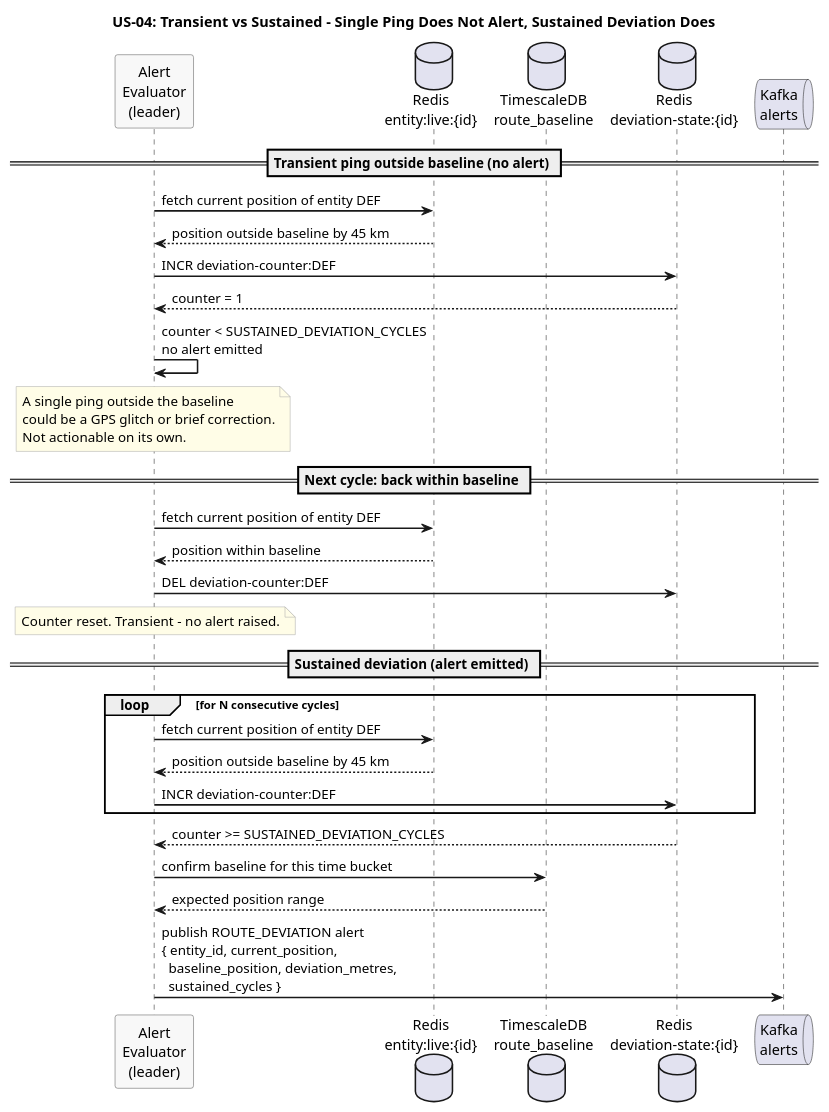
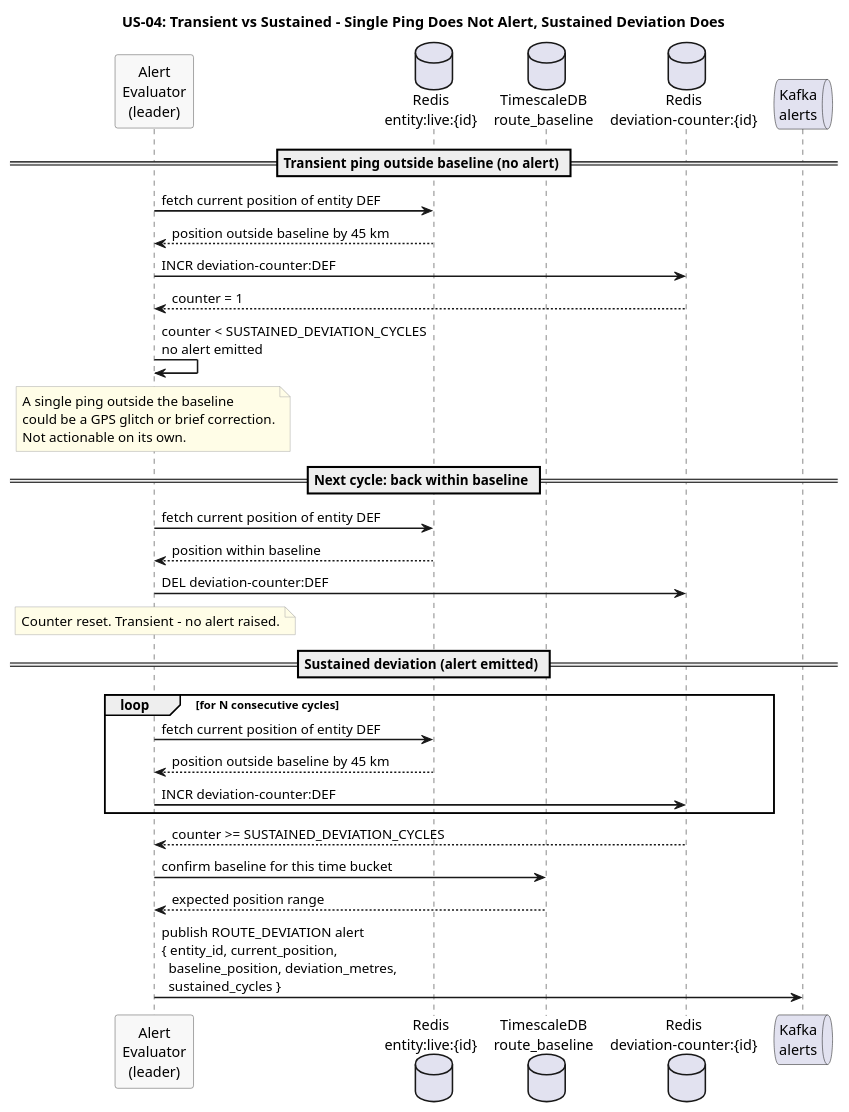
One commit to Buffden/sentinel changed the diagram in docs/use-cases/US-04-route-deviation-alert/transient-vs-sustained.puml. Above: the diagram before and after it, drawn with PlantUML. The commit also changed 5 other files, not shown here.

First line of the commit message:
docs: fix signal loss detection flow and alert-state key lifecycle in diagrams

```diff
--- a/docs/use-cases/US-04-route-deviation-alert/transient-vs-sustained.puml
+++ b/docs/use-cases/US-04-route-deviation-alert/transient-vs-sustained.puml
@@ -1,57 +1,57 @@
 @startuml transient-vs-sustained
 title US-04: Transient vs Sustained - Single Ping Does Not Alert, Sustained Deviation Does
 
 skinparam sequenceArrowThickness 1.5
 skinparam participantBorderColor #555555
 skinparam participantBackgroundColor #F8F8F8
 skinparam noteBorderColor #AAAAAA
 skinparam noteBackgroundColor #FFFDE7
 
 participant "Alert\nEvaluator\n(leader)" as Evaluator
 database "Redis\nentity:live:{id}" as Redis
 database "TimescaleDB\nroute_baseline" as Baseline
-database "Redis\ndeviation-state:{id}" as DevState
+database "Redis\ndeviation-counter:{id}" as DevState
 queue "Kafka\nalerts" as Kafka
 
 == Transient ping outside baseline (no alert) ==
 
 Evaluator -> Redis : fetch current position of entity DEF
 Redis --> Evaluator : position outside baseline by 45 km
 
 Evaluator -> DevState : INCR deviation-counter:DEF
 DevState --> Evaluator : counter = 1
 
 Evaluator -> Evaluator : counter < SUSTAINED_DEVIATION_CYCLES\nno alert emitted
 
 note over Evaluator
   A single ping outside the baseline
   could be a GPS glitch or brief correction.
   Not actionable on its own.
 end note
 
 == Next cycle: back within baseline ==
 
 Evaluator -> Redis : fetch current position of entity DEF
 Redis --> Evaluator : position within baseline
 
 Evaluator -> DevState : DEL deviation-counter:DEF
 note over Evaluator
   Counter reset. Transient - no alert raised.
 end note
 
 == Sustained deviation (alert emitted) ==
 
 loop for N consecutive cycles
   Evaluator -> Redis : fetch current position of entity DEF
   Redis --> Evaluator : position outside baseline by 45 km
   Evaluator -> DevState : INCR deviation-counter:DEF
 end
 
 DevState --> Evaluator : counter >= SUSTAINED_DEVIATION_CYCLES
 
 Evaluator -> Baseline : confirm baseline for this time bucket
 Baseline --> Evaluator : expected position range
 
 Evaluator -> Kafka : publish ROUTE_DEVIATION alert\n{ entity_id, current_position,\n  baseline_position, deviation_metres,\n  sustained_cycles }
 
 @enduml
```
